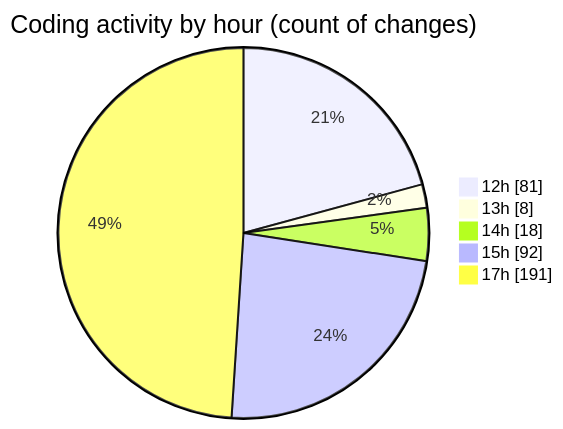
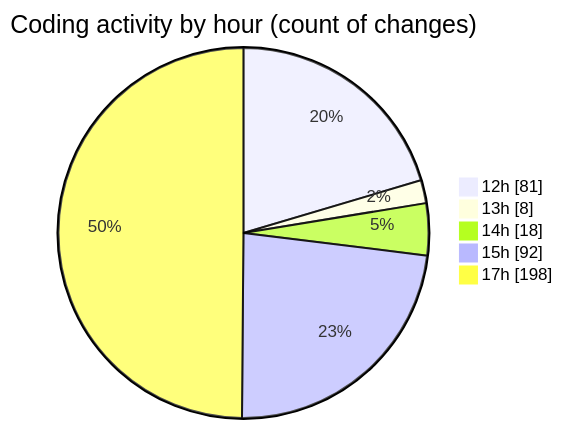
One commit to Ritupan-Deka/code-tracking changed the second of 2 diagrams in 2025-12-28/rust/README.md. Above: the diagram before and after it, drawn with Mermaid. The commit also changed other lines of this file and 1 other file, not shown here.

````diff
--- a/2025-12-28/rust/README.md
+++ b/2025-12-28/rust/README.md
@@ -30,9 +31,9 @@
 ```mermaid
 pie showData
 title Coding activity by hour (count of changes)
 "12h" : 81
 "13h" : 8
 "14h" : 18
 "15h" : 92
-"17h" : 191
+"17h" : 198
 ```
````
